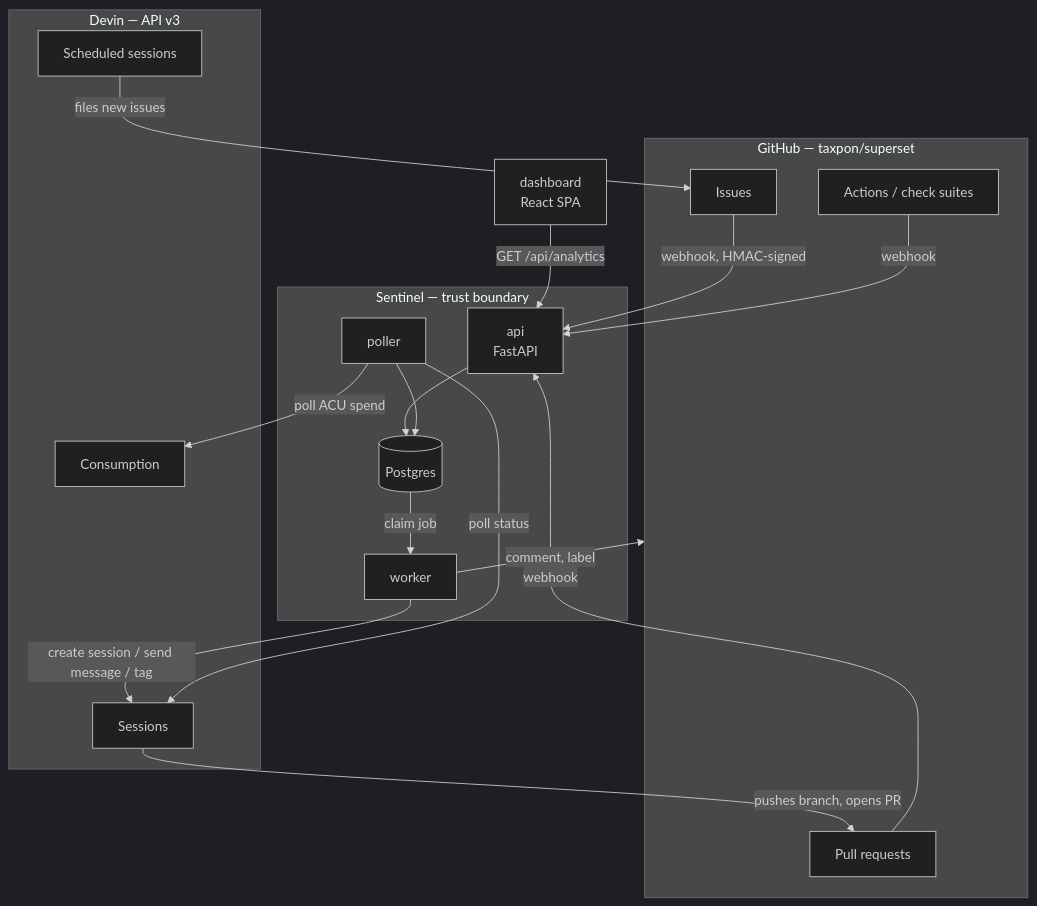
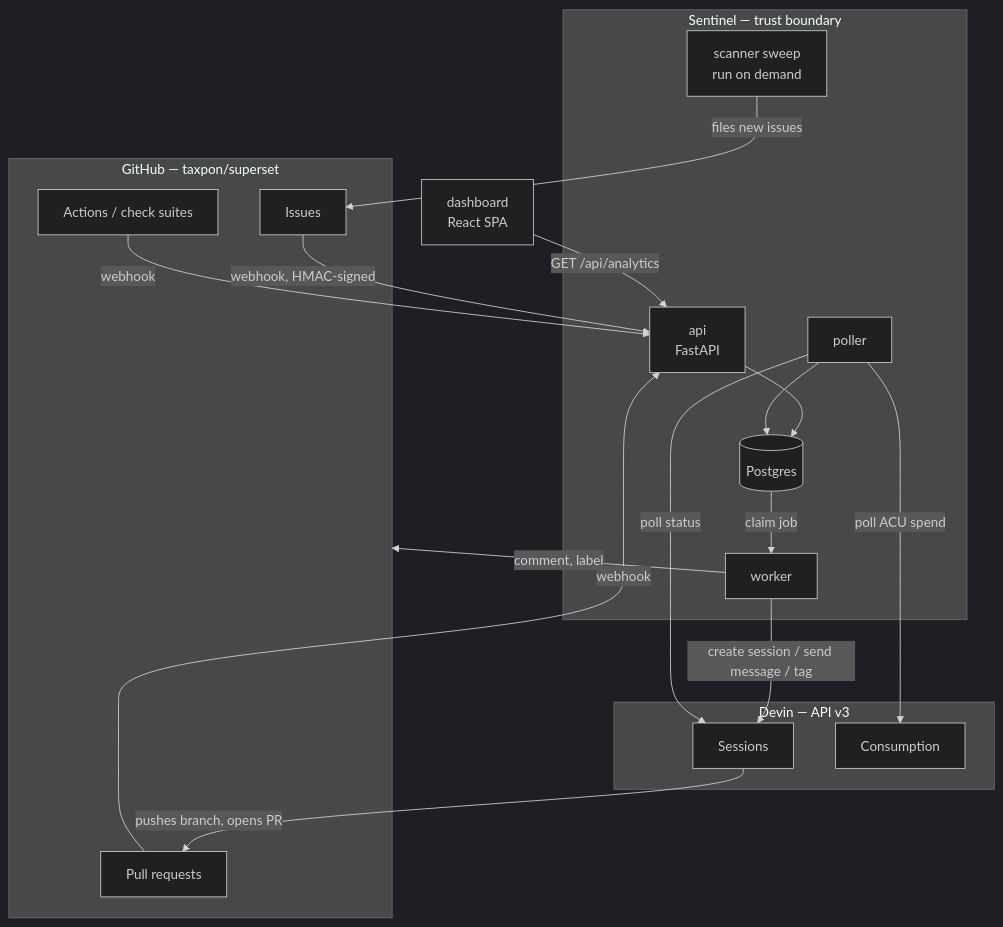
One commit to taxpon/sentinel changed the first of 2 diagrams in docs/02-architecture.md. Above: the diagram before and after it, drawn with Mermaid (dark theme). The commit also changed 15 other files, not shown here.

````diff
--- a/docs/02-architecture.md
+++ b/docs/02-architecture.md
@@ -7,37 +7,37 @@
 ```mermaid
 flowchart TB
     subgraph GH["GitHub — taxpon/superset"]
         ISS["Issues"]
         PRS["Pull requests"]
         CHK["Actions / check suites"]
     end
 
     subgraph SEN["Sentinel — trust boundary"]
         API["api<br/>FastAPI"]
         WRK["worker"]
         POL["poller"]
         DB[("Postgres")]
+        SWEEP["scanner sweep<br/>run on demand"]
     end
 
     DASH["dashboard<br/>React SPA"]
 
     subgraph DEV["Devin — API v3"]
         SESS["Sessions"]
         CONS["Consumption"]
-        SCHED["Scheduled sessions"]
     end
 
     ISS -- "webhook, HMAC-signed" --> API
     PRS -- webhook --> API
     CHK -- webhook --> API
     API --> DB
     DB -- "claim job" --> WRK
     WRK -- "create session / send message / tag" --> SESS
     WRK -- "comment, label" --> GH
     POL -- "poll status" --> SESS
     POL -- "poll ACU spend" --> CONS
     POL --> DB
     SESS -- "pushes branch, opens PR" --> PRS
-    SCHED -- "files new issues" --> ISS
+    SWEEP -- "files new issues" --> ISS
     DASH -- "GET /api/analytics" --> API
 ```
````
